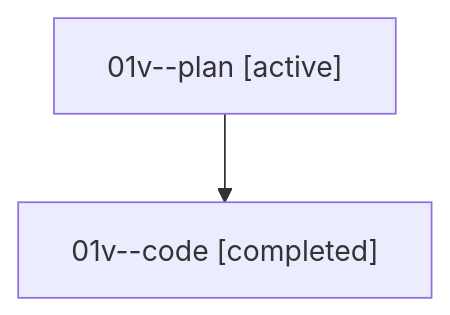
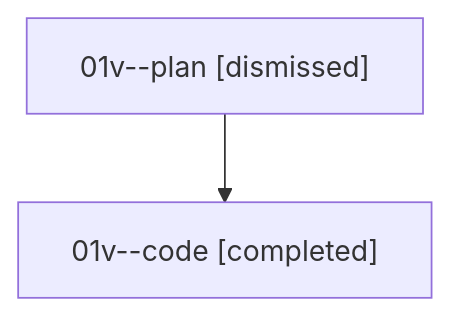
Before and after one commit to sase-org/sase--agents: the diagram in sessions/bbugyi200.athena.01v.md, drawn with Mermaid. The commit also changed other lines of this file and 27 other files, not shown here.

````diff
--- a/sessions/bbugyi200.athena.01v.md
+++ b/sessions/bbugyi200.athena.01v.md
@@ -9,6 +9,6 @@
 ```mermaid
 flowchart TD
-  n0["01v--plan [active]"]
+  n0["01v--plan [dismissed]"]
   n1["01v--code [completed]"]
   n0 --> n1
 ```
````
